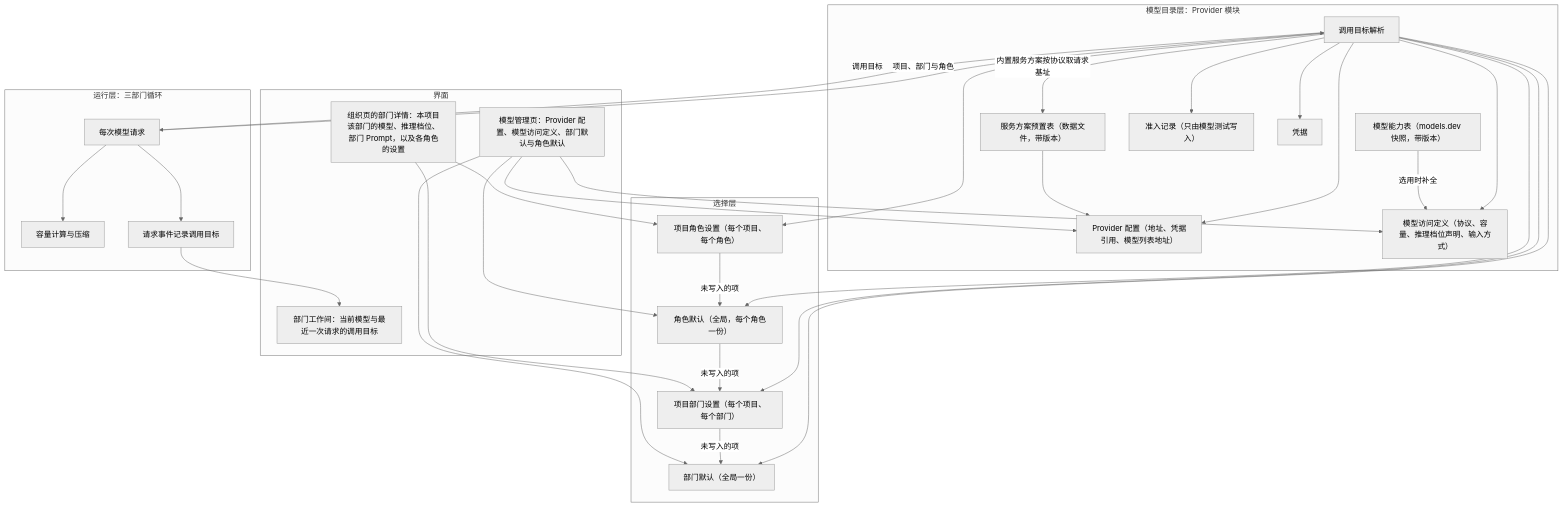
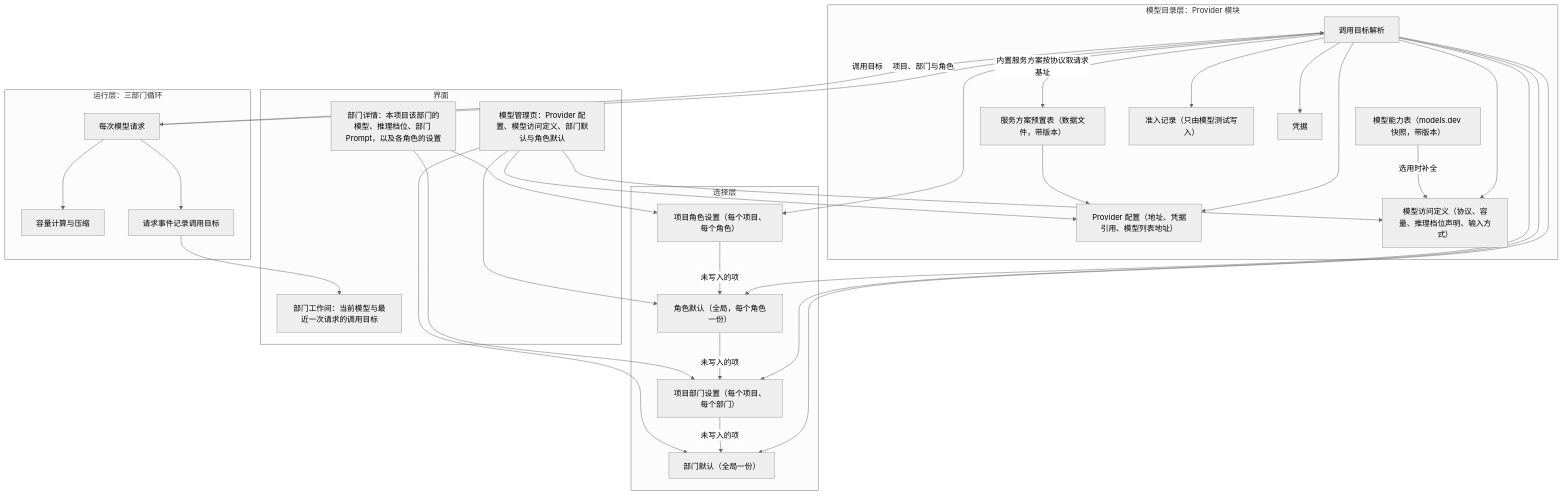
Before and after one commit to bender2333/yudao: the first of 4 diagrams in docs/design/model-management.md, drawn with Mermaid (neutral theme). The commit also changed other lines of this file and 13 other files, not shown here.

Commit message:
组织设定：项目页是循环图加对话，外包是部门里由谁做的一个选项（命名照旧）

````diff
--- a/docs/design/model-management.md
+++ b/docs/design/model-management.md
@@ -31,53 +31,53 @@
 ```mermaid
 flowchart TB
   subgraph UI["界面"]
     MM["模型管理页：Provider 配置、模型访问定义、部门默认与角色默认"]
-    DS["组织页的部门详情：本项目该部门的模型、推理档位、部门 Prompt，以及各角色的设置"]
+    DS["部门详情：本项目该部门的模型、推理档位、部门 Prompt，以及各角色的设置"]
     Room["部门工作间：当前模型与最近一次请求的调用目标"]
   end
   subgraph Select["选择层"]
     Default["部门默认（全局一份）"]
     ProjectSet["项目部门设置（每个项目、每个部门）"]
     RoleDefault["角色默认（全局，每个角色一份）"]
     ProjectRole["项目角色设置（每个项目、每个角色）"]
   end
   subgraph Catalog["模型目录层：Provider 模块"]
     Presets["服务方案预置表（数据文件，带版本）"]
     Caps["模型能力表（models.dev 快照，带版本）"]
     Conn["Provider 配置（地址、凭据引用、模型列表地址）"]
     Def["模型访问定义（协议、容量、推理档位声明、输入方式）"]
     Adm["准入记录（只由模型测试写入）"]
     Cred["凭据"]
     Resolve["调用目标解析"]
   end
   subgraph Run["运行层：三部门循环"]
     Req["每次模型请求"]
     Cap["容量计算与压缩"]
     Audit["请求事件记录调用目标"]
   end
   MM --> Conn
   MM --> Def
   MM --> Default
   MM --> RoleDefault
   DS --> ProjectSet
   DS --> ProjectRole
   Presets --> Conn
   Caps -->|"选用时补全"| Def
   ProjectRole -->|"未写入的项"| RoleDefault
   RoleDefault -->|"未写入的项"| ProjectSet
   ProjectSet -->|"未写入的项"| Default
   Req -->|"项目、部门与角色"| Resolve
   Resolve --> ProjectRole
   Resolve --> RoleDefault
   Resolve --> ProjectSet
   Resolve --> Default
   Resolve --> Def
   Resolve --> Adm
   Resolve --> Cred
   Resolve --> Conn
   Resolve -->|"内置服务方案按协议取请求基址"| Presets
   Resolve -->|"调用目标"| Req
   Req --> Cap
   Req --> Audit
   Audit --> Room
 ```
````
